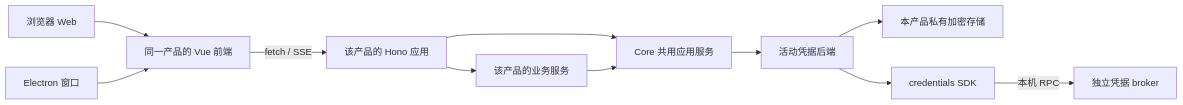
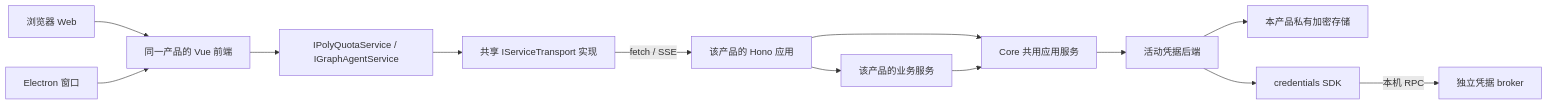
Before and after one commit to SwingCosmic/astra-conductor: the diagram in docs/architecture.md, drawn with Mermaid. The commit also changed other lines of this file and 19 other files, not shown here.

````diff
--- a/docs/architecture.md
+++ b/docs/architecture.md
@@ -41,13 +43,15 @@
 ```mermaid
 flowchart LR
   W["浏览器 Web"] --> UI["同一产品的 Vue 前端"]
   E["Electron 窗口"] --> UI
-  UI -->|fetch / SSE| H["该产品的 Hono 应用"]
+  UI --> S["IPolyQuotaService / IGraphAgentService"]
+  S --> T["共享 IServiceTransport 实现"]
+  T -->|fetch / SSE| H["该产品的 Hono 应用"]
   H --> C["Core 共用应用服务"]
   H --> P["该产品的业务服务"]
   P --> C
   C --> V["活动凭据后端"]
   V --> Local["本产品私有加密存储"]
   V --> SDK["credentials SDK"]
   SDK -->|本机 RPC| Broker["独立凭据 broker"]
 ```
````
